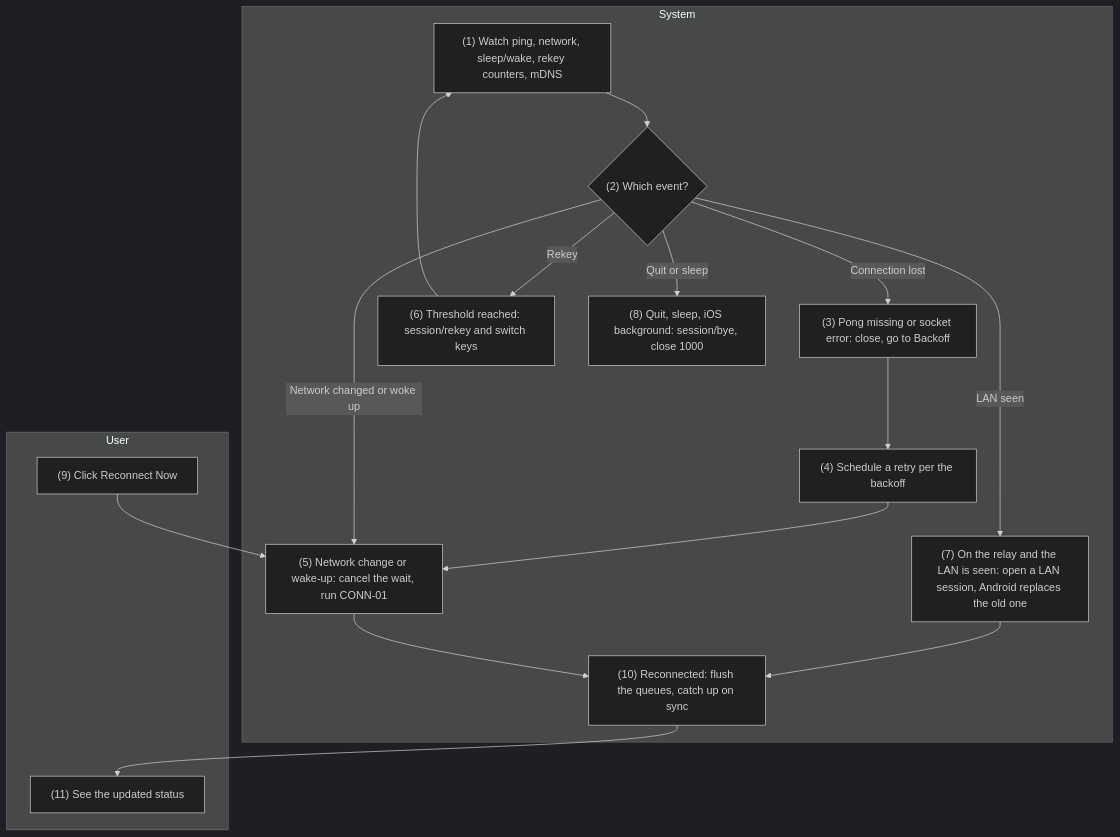
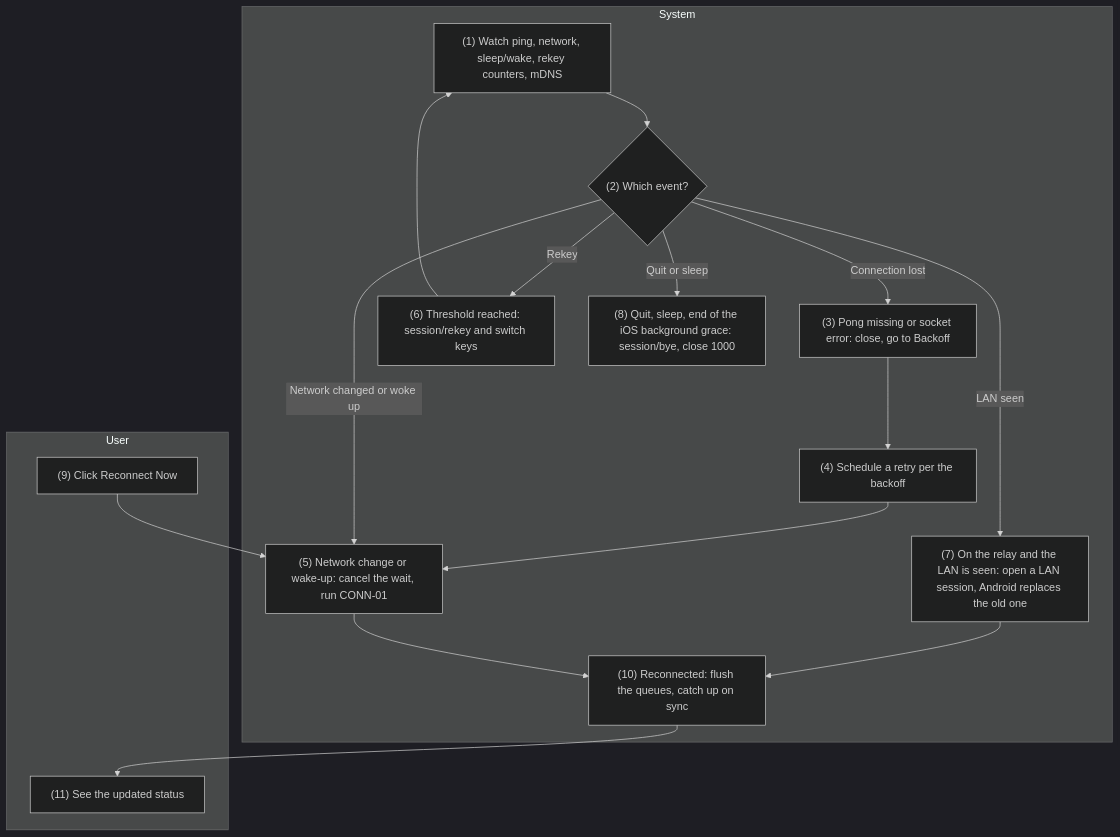
One commit to HandLive/handlive changed the second of 4 diagrams in docs/detailed-design/03-connectivity.md. Above: the diagram before and after it, drawn with Mermaid (dark theme). The commit also changed other lines of this file and 5 other files, not shown here.

First line of the commit message:
docs(design): keep the iOS session through a short background grace

````diff
--- a/docs/detailed-design/03-connectivity.md
+++ b/docs/detailed-design/03-connectivity.md
@@ -310,26 +310,26 @@
 ```mermaid
 flowchart TB
   subgraph ND["User"]
     U9["(9) Click Reconnect Now"]
     U11["(11) See the updated status"]
   end
   subgraph HT["System"]
     S1["(1) Watch ping, network, sleep/wake, rekey counters, mDNS"]
     D2{"(2) Which event?"}
     S3["(3) Pong missing or socket error: close, go to Backoff"]
     S4["(4) Schedule a retry per the backoff"]
     S5["(5) Network change or wake-up: cancel the wait, run CONN-01"]
     S6["(6) Threshold reached: session/rekey and switch keys"]
     S7["(7) On the relay and the LAN is seen: open a LAN session, Android replaces the old one"]
-    S8["(8) Quit, sleep, iOS background: session/bye, close 1000"]
+    S8["(8) Quit, sleep, end of the iOS background grace: session/bye, close 1000"]
     S10["(10) Reconnected: flush the queues, catch up on sync"]
   end
   S1 --> D2
   D2 -- "Connection lost" --> S3 --> S4 --> S5
   D2 -- "Network changed or woke up" --> S5
   D2 -- "Rekey" --> S6 --> S1
   D2 -- "LAN seen" --> S7 --> S10
   D2 -- "Quit or sleep" --> S8
   U9 --> S5
   S5 --> S10 --> U11
 ```
````
